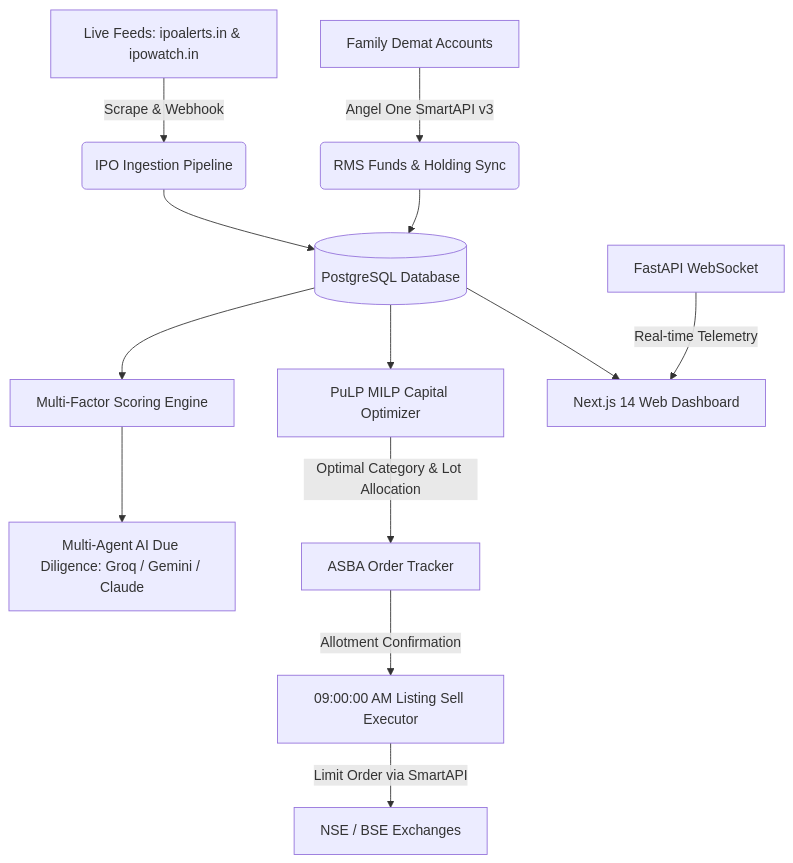
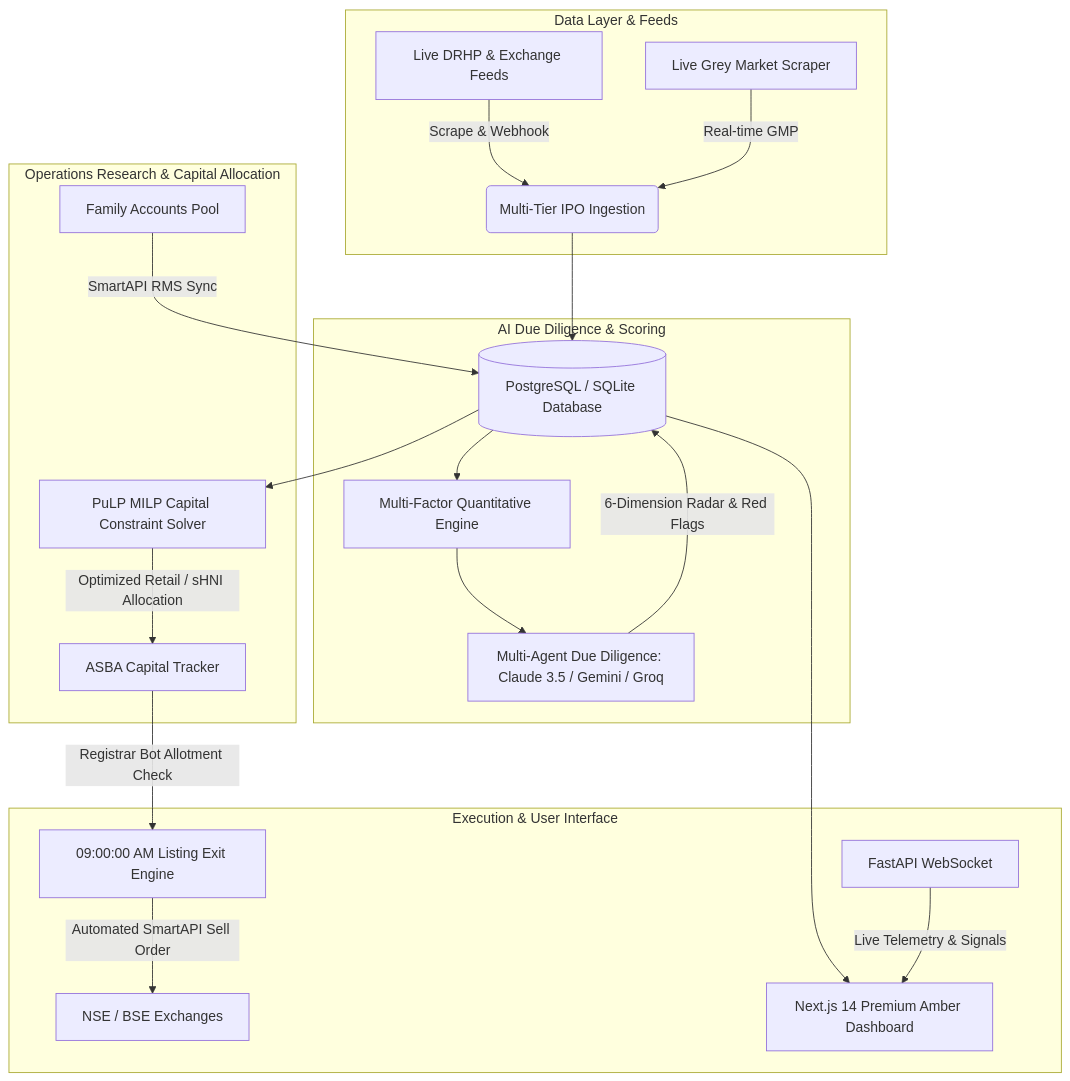
Before and after one commit to ravi-yadav-23/Kapital: the diagram in README.md, drawn with Mermaid. The commit also changed other lines of this file and 4 other files, not shown here.

Commit message:
docs: polish README with live demo badges, architecture, tech stack, and add LICENSE, CONTRIBUTING, and SETUP guides

````diff
--- a/README.md
+++ b/README.md
@@ -43,19 +44,27 @@
 ```mermaid
 graph TD
-    A[Live Feeds: ipoalerts.in & ipowatch.in] -->|Scrape & Webhook| B(IPO Ingestion Pipeline)
-    B --> C[(PostgreSQL Database)]
-    C --> D[Multi-Factor Scoring Engine]
-    D --> E[Multi-Agent AI Due Diligence: Groq / Gemini / Claude]
-    
-    F[Family Demat Accounts] -->|Angel One SmartAPI v3| G(RMS Funds & Holding Sync)
-    G --> C
-    
-    C --> H[PuLP MILP Capital Optimizer]
-    H -->|Optimal Category & Lot Allocation| I[ASBA Order Tracker]
-    
-    I -->|Allotment Confirmation| J[09:00:00 AM Listing Sell Executor]
-    J -->|Limit Order via SmartAPI| K[NSE / BSE Exchanges]
-    
-    C --> L[Next.js 14 Web Dashboard]
-    M[FastAPI WebSocket] -->|Real-time Telemetry| L
+    subgraph Data Layer & Feeds
+        A[Live DRHP & Exchange Feeds] -->|Scrape & Webhook| B(Multi-Tier IPO Ingestion)
+        G[Live Grey Market Scraper] -->|Real-time GMP| B
+    end
+
+    subgraph AI Due Diligence & Scoring
+        B --> C[(PostgreSQL / SQLite Database)]
+        C --> D[Multi-Factor Quantitative Engine]
+        D --> E[Multi-Agent Due Diligence: Claude 3.5 / Gemini / Groq]
+        E -->|6-Dimension Radar & Red Flags| C
+    end
+
+    subgraph Operations Research & Capital Allocation
+        F[Family Accounts Pool] -->|SmartAPI RMS Sync| C
+        C --> H[PuLP MILP Capital Constraint Solver]
+        H -->|Optimized Retail / sHNI Allocation| I[ASBA Capital Tracker]
+    end
+
+    subgraph Execution & User Interface
+        I -->|Registrar Bot Allotment Check| J[09:00:00 AM Listing Exit Engine]
+        J -->|Automated SmartAPI Sell Order| K[NSE / BSE Exchanges]
+        C --> L[Next.js 14 Premium Amber Dashboard]
+        M[FastAPI WebSocket] -->|Live Telemetry & Signals| L
+    end
 ```
````
